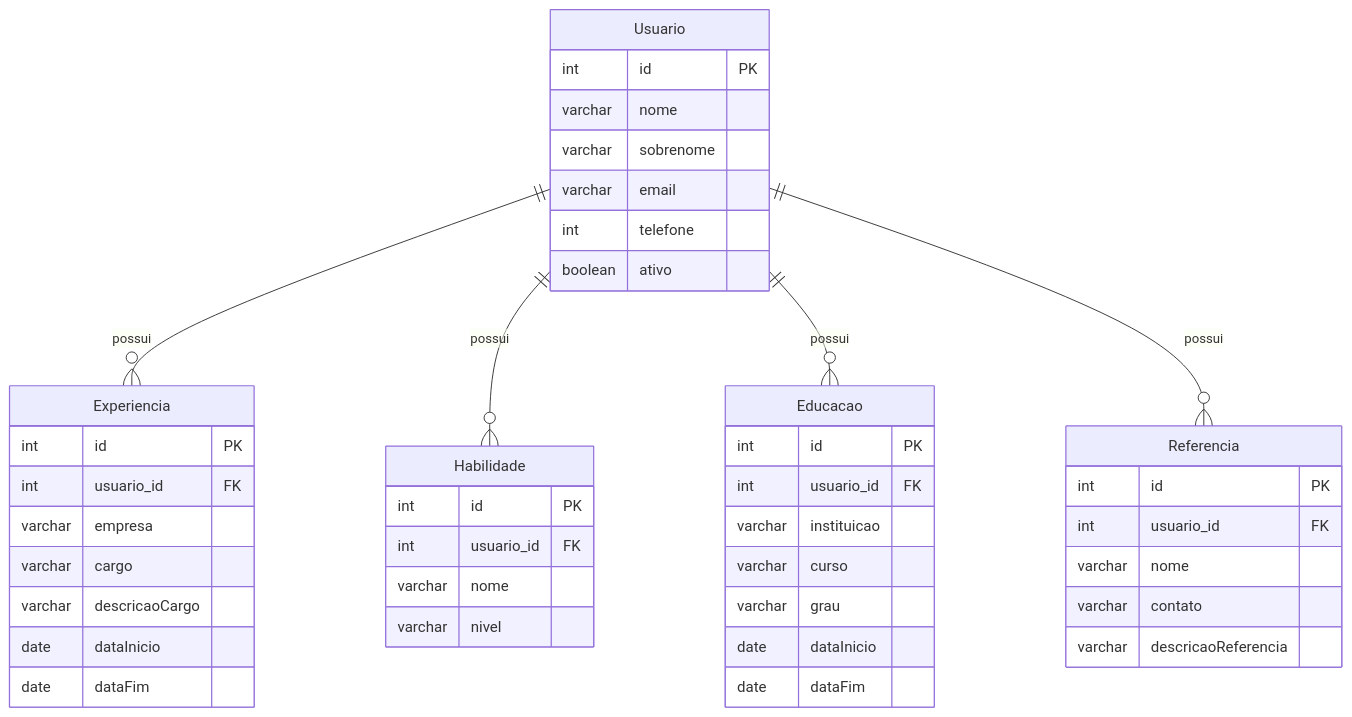
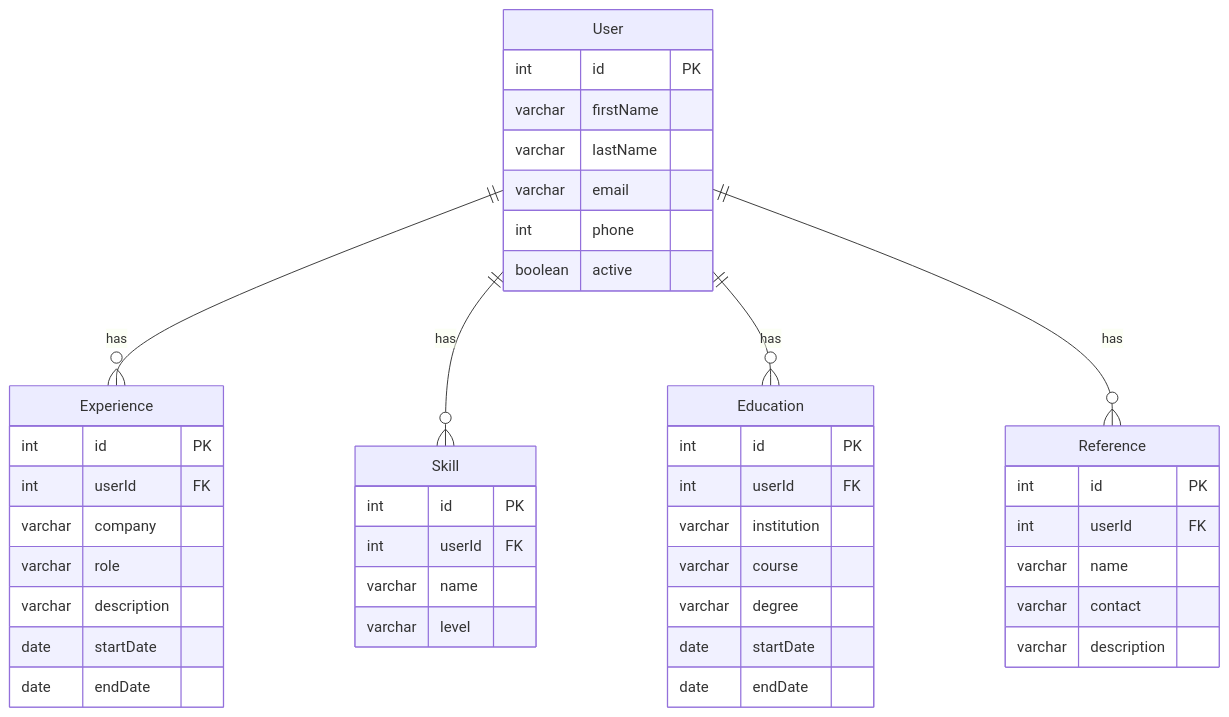
Before and after one commit to LeonardoSnows/ProFile: the diagram in README.md, drawn with Mermaid. The commit also changed other lines of this file, not shown here.

````diff
--- a/README.md
+++ b/README.md
@@ -22,46 +22,46 @@
 ```mermaid
 erDiagram
-    Usuario {
+    User {
         int id PK
-        varchar nome
-        varchar sobrenome
+        varchar firstName
+        varchar lastName
         varchar email
-        int telefone
-        boolean ativo
+        int phone
+        boolean active
     }
-    Experiencia {
+    Experience {
         int id PK
-        int usuario_id FK
-        varchar empresa
-        varchar cargo
-        varchar descricaoCargo
-        date dataInicio
-        date dataFim
+        int userId FK
+        varchar company
+        varchar role
+        varchar description
+        date startDate
+        date endDate
     }
-    Habilidade {
+    Skill {
         int id PK
-        int usuario_id FK
-        varchar nome
-        varchar nivel
+        int userId FK
+        varchar name
+        varchar level
     }
-    Educacao {
+    Education {
         int id PK
-        int usuario_id FK
-        varchar instituicao
-        varchar curso
-        varchar grau
-        date dataInicio
-        date dataFim
+        int userId FK
+        varchar institution
+        varchar course
+        varchar degree
+        date startDate
+        date endDate
     }
-    Referencia {
+    Reference {
         int id PK
-        int usuario_id FK
-        varchar nome
-        varchar contato
-        varchar descricaoReferencia
+         int userId FK
+        varchar name
+        varchar contact
+        varchar description
     }
-    Usuario ||--o{ Experiencia : "possui"
-    Usuario ||--o{ Habilidade : "possui"
-    Usuario ||--o{ Educacao : "possui"
-    Usuario ||--o{ Referencia : "possui"
+    User ||--o{ Experience : "has"
+    User ||--o{ Skill : "has"
+    User ||--o{ Education : "has"
+    User ||--o{ Reference : "has"
 ```
````
